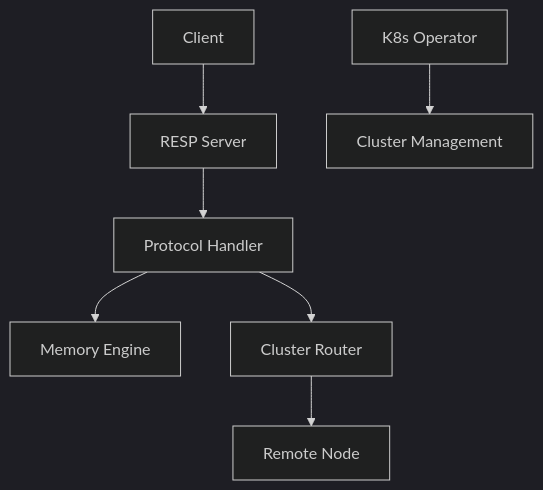
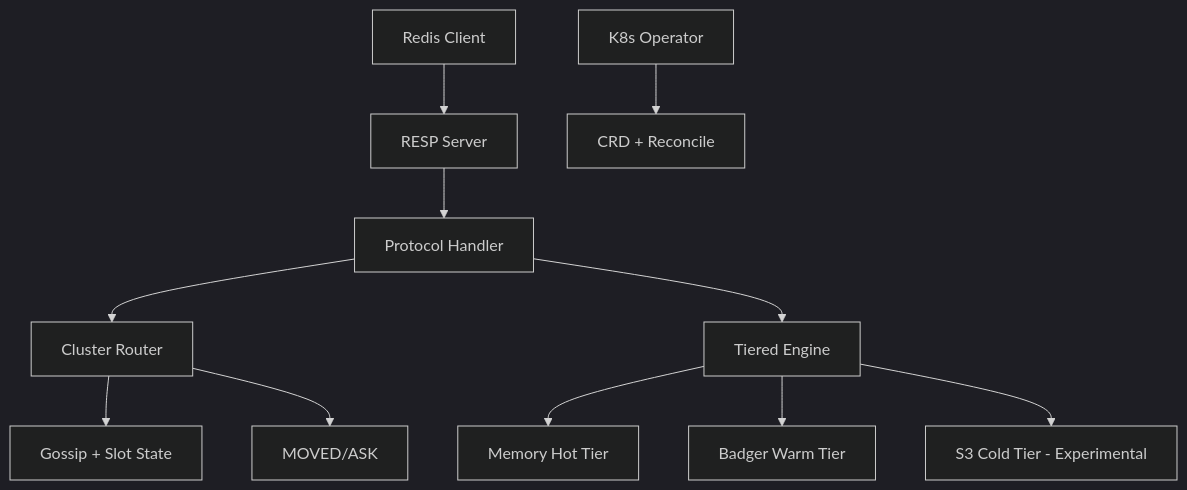
Before and after one commit to 10yihang/autocache: the first of 2 diagrams in README.md, drawn with Mermaid (dark theme). The commit also changed other lines of this file and 13 other files, not shown here.

````diff
--- a/README.md
+++ b/README.md
@@ -100,9 +119,13 @@
 ```mermaid
 graph TD
-    Client[Client] --> RESP[RESP Server]
+    Client[Redis Client] --> RESP[RESP Server]
     RESP --> Handler[Protocol Handler]
-    Handler --> Engine[Memory Engine]
     Handler --> Router[Cluster Router]
-    Router --> Remote[Remote Node]
-    Operator[K8s Operator] --> Cluster[Cluster Management]
+    Handler --> Engine[Tiered Engine]
+    Router --> Gossip[Gossip + Slot State]
+    Router --> Redirect[MOVED/ASK]
+    Engine --> Hot[Memory Hot Tier]
+    Engine --> Warm[Badger Warm Tier]
+    Engine --> Cold[S3 Cold Tier - Experimental]
+    Operator[K8s Operator] --> Cluster[CRD + Reconcile]
 ```
````
